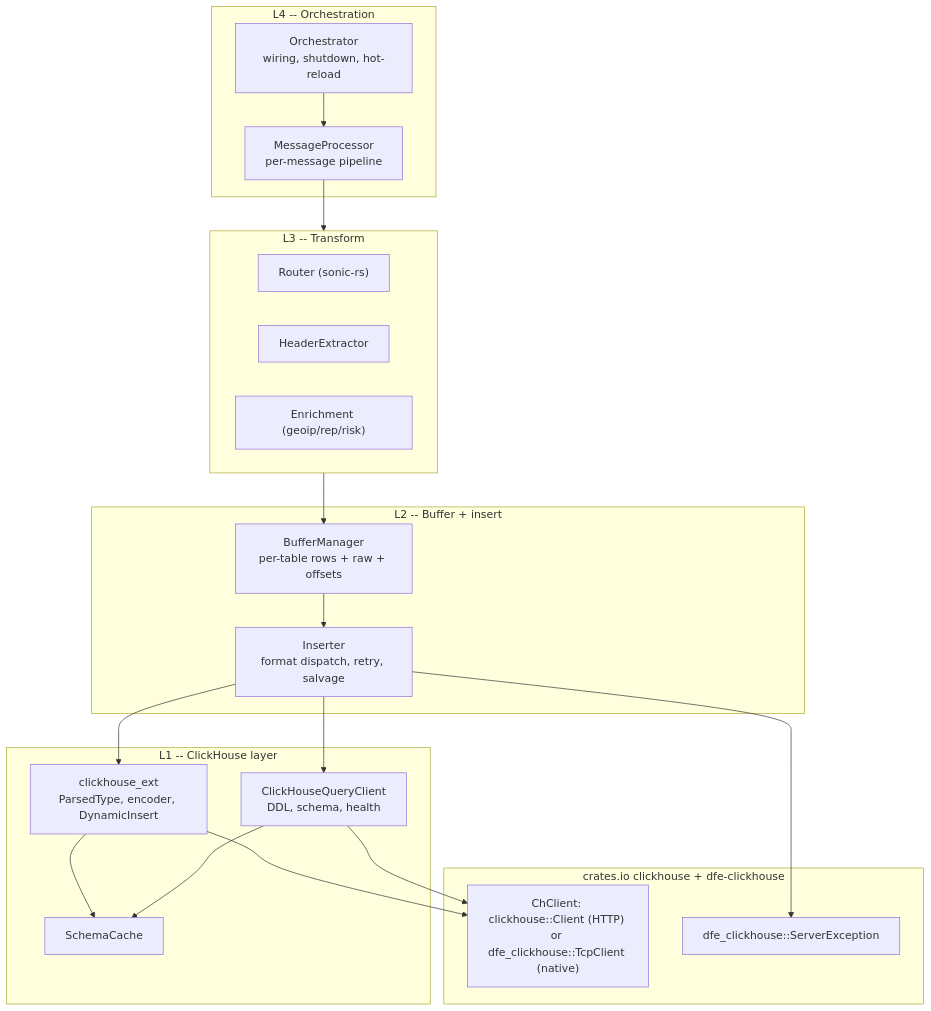
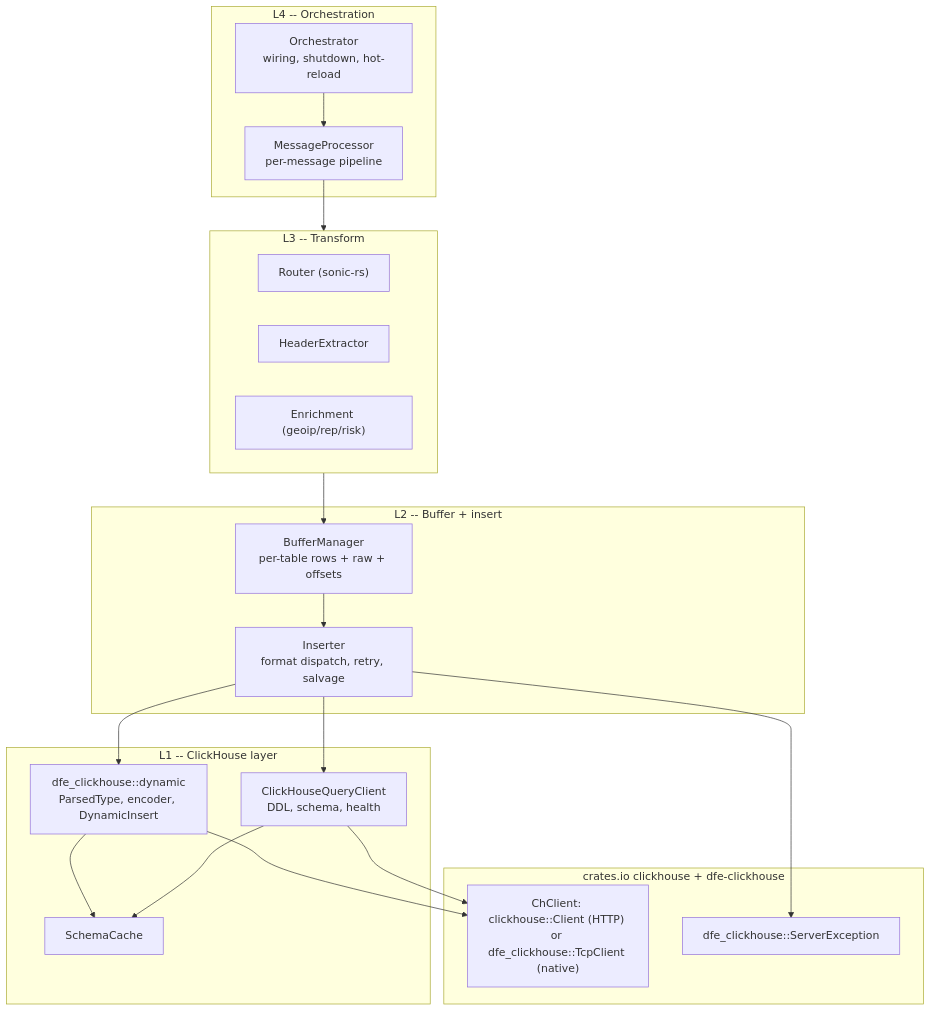
Before and after one commit to hyperi-io/dfe-loader: the first of 3 diagrams in docs/architecture.md, drawn with Mermaid. The commit also changed other lines of this file and 69 other files, not shown here.

Commit message:
fix(insert): replace copy with dfe-clickhouse's dynamic insert (#303)

````diff
--- a/docs/architecture.md
+++ b/docs/architecture.md
@@ -22,32 +22,32 @@
 ```mermaid
 flowchart TB
     subgraph L4["L4 -- Orchestration"]
         ORC["Orchestrator<br/>wiring, shutdown, hot-reload"]
         PROC["MessageProcessor<br/>per-message pipeline"]
     end
     subgraph L3["L3 -- Transform"]
         ROUTE["Router (sonic-rs)"]
         EXTRACT["HeaderExtractor"]
         ENRICH["Enrichment (geoip/rep/risk)"]
     end
     subgraph L2["L2 -- Buffer + insert"]
         BUF["BufferManager<br/>per-table rows + raw + offsets"]
         INS["Inserter<br/>format dispatch, retry, salvage"]
     end
     subgraph L1["L1 -- ClickHouse layer"]
         QC["ClickHouseQueryClient<br/>DDL, schema, health"]
-        EXT["clickhouse_ext<br/>ParsedType, encoder, DynamicInsert"]
+        EXT["dfe_clickhouse::dynamic<br/>ParsedType, encoder, DynamicInsert"]
         SC["SchemaCache"]
     end
     subgraph Client["crates.io clickhouse + dfe-clickhouse"]
         CLIENT["ChClient: clickhouse::Client (HTTP) or dfe_clickhouse::TcpClient (native)"]
         EXC["dfe_clickhouse::ServerException"]
     end
 
     ORC --> PROC --> L3 --> BUF --> INS
     INS --> EXT --> CLIENT
     INS --> QC --> CLIENT
     INS --> EXC
     EXT --> SC
     QC --> SC
 ```
````
